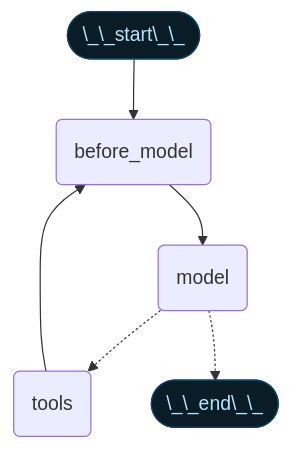
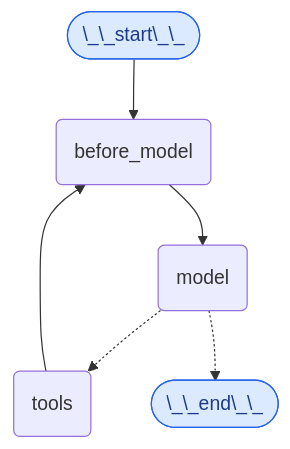
Before and after one commit to kunfan96/cndocs-langchain: the first of 2 diagrams in oss/javascript/langchain/short-term-memory.mdx, drawn with Mermaid. The commit also changed other lines of this file and 2533 other files, not shown here.

````diff
--- a/oss/javascript/langchain/short-term-memory.mdx
+++ b/oss/javascript/langchain/short-term-memory.mdx
@@ -543,25 +544,25 @@
 ```mermaid
 %%{
     init: {
         "fontFamily": "monospace",
         "flowchart": {
         "curve": "basis"
         },
         "themeVariables": {"edgeLabelBackground": "transparent"}
     }
 }%%
 graph TD
     S(["\_\_start\_\_"])
     PRE(before_model)
     MODEL(model)
     TOOLS(tools)
     END(["\_\_end\_\_"])
     S --> PRE
     PRE --> MODEL
     MODEL -.-> TOOLS
     MODEL -.-> END
     TOOLS --> PRE
-    classDef blueHighlight fill:#0a1c25,stroke:#0a455f,color:#bae6fd;
+    classDef blueHighlight fill:#DBEAFE,stroke:#2563EB,color:#1E3A8A;
     class S blueHighlight;
     class END blueHighlight;
 ```
````
